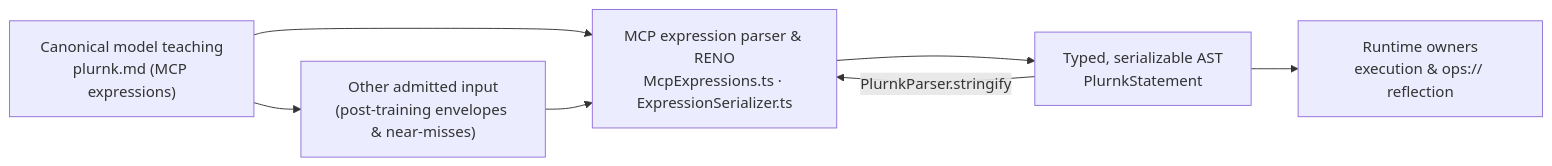
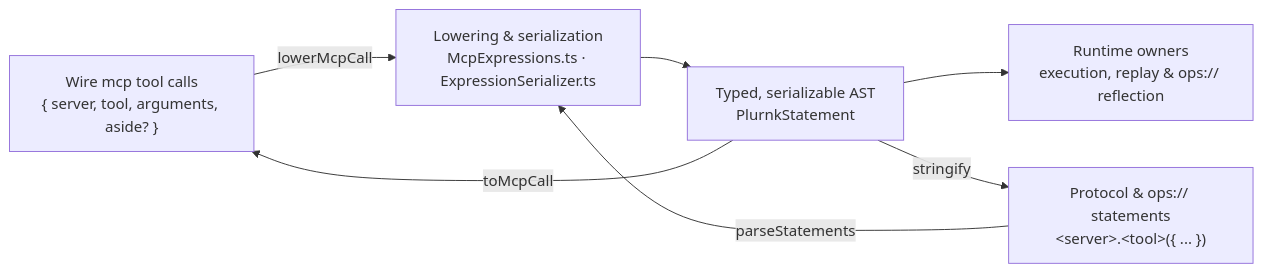
Before and after one commit to plurnk/plurnk-service: the first of 2 diagrams in plurnk-contracts/SPEC.md, drawn with Mermaid. The commit also changed other lines of this file and 161 other files, not shown here.

Commit message:
feat!: pivot model surface from RENO plain-text expressions to universal mcp wire tool (#1479)

````diff
--- a/plurnk-contracts/SPEC.md
+++ b/plurnk-contracts/SPEC.md
@@ -21,14 +21,14 @@
 ```mermaid
 flowchart LR
-    canon["Canonical model teaching<br/>plurnk.md (MCP expressions)"]
-    free["Other admitted input<br/>(post-training envelopes & near-misses)"]
-    syntax["MCP expression parser & RENO<br/>McpExpressions.ts · ExpressionSerializer.ts"]
+    wire["Wire mcp tool calls<br/>{ server, tool, arguments, aside? }"]
+    stmtSrc["Protocol & ops:// statements<br/>&lt;server&gt;.&lt;tool&gt;({ ... })"]
+    parser["Lowering & serialization<br/>McpExpressions.ts · ExpressionSerializer.ts"]
     ast["Typed, serializable AST<br/>PlurnkStatement"]
-    runtime["Runtime owners<br/>execution & ops:// reflection"]
-    canon --> syntax
-    canon --> free
-    free --> syntax
-    syntax --> ast
+    runtime["Runtime owners<br/>execution, replay & ops:// reflection"]
+    wire -->|"lowerMcpCall"| parser
+    stmtSrc -->|"parseStatements"| parser
+    parser --> ast
     ast --> runtime
-    ast -->|"PlurnkParser.stringify"| syntax
+    ast -->|"toMcpCall"| wire
+    ast -->|"stringify"| stmtSrc
 ```
````
